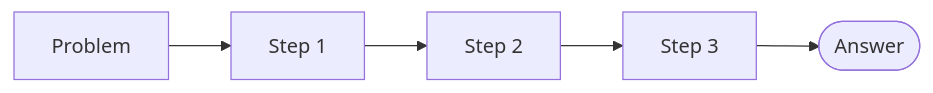
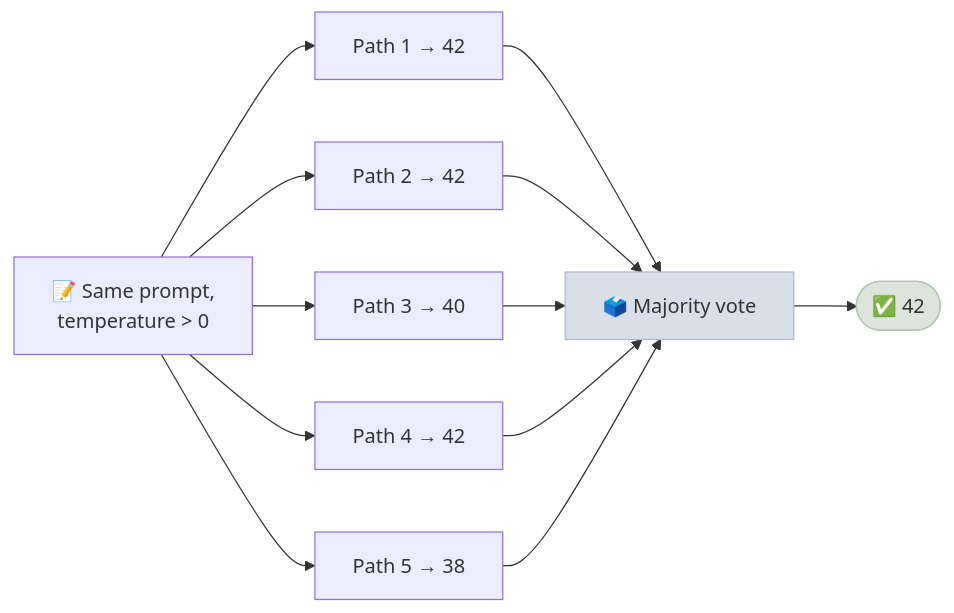
Before and after one commit to sundante/sun-course-genai: the first of 3 diagrams in src/content/10-Prompt-Engineering/Notes/03-Advanced-Techniques.mdx, drawn with Mermaid. The commit also changed other lines of this file and 30 other files, not shown here.

````diff
--- a/src/content/10-Prompt-Engineering/Notes/03-Advanced-Techniques.mdx
+++ b/src/content/10-Prompt-Engineering/Notes/03-Advanced-Techniques.mdx
@@ -33,4 +32,12 @@
 ```mermaid
 flowchart LR
-    P["Problem"] --> S1["Step 1"] --> S2["Step 2"] --> S3["Step 3"] --> A(["Answer"])
+    P["📝 Same prompt,<br/>temperature &gt; 0"] --> C1["Path 1 → 42"]
+    P --> C2["Path 2 → 42"]
+    P --> C3["Path 3 → 40"]
+    P --> C4["Path 4 → 42"]
+    P --> C5["Path 5 → 38"]
+    C1 & C2 & C3 & C4 & C5 --> V["🗳️ Majority vote"] --> R(["✅ 42"])
+
+    style V fill:#d8dfe8,stroke:#b0bac8
+    style R fill:#dde4dc,stroke:#b0c4b0
 ```
````
